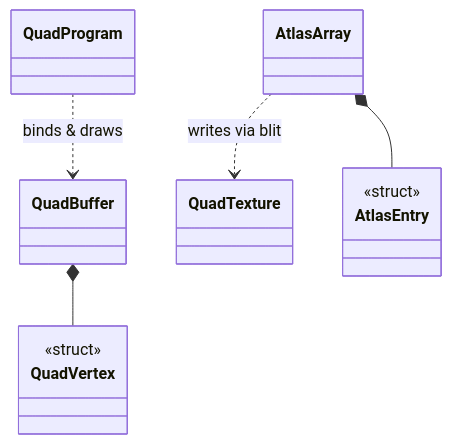
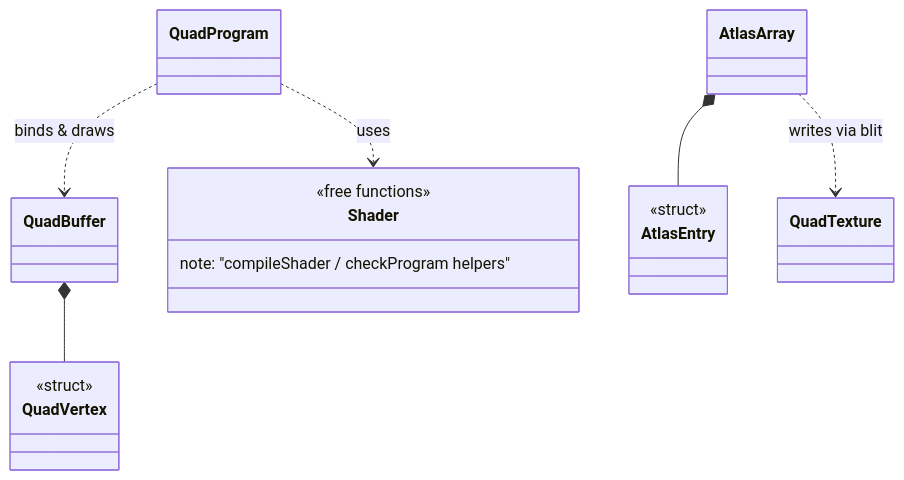
One commit to notnotme/bbloc changed the sixth of 10 diagrams in docs/class_diagram.md. Above: the diagram before and after it, drawn with Mermaid. The commit also changed other lines of this file and 1 other file, not shown here.

Commit message:
Require class diagram updates before commits, sync diagram with code

````diff
--- a/docs/class_diagram.md
+++ b/docs/class_diagram.md
@@ -164,18 +168,23 @@
 ```mermaid
 classDiagram
     class QuadProgram
     class QuadBuffer
     class QuadTexture
     class AtlasArray
     class AtlasEntry {
         <<struct>>
     }
     class QuadVertex {
         <<struct>>
     }
+    class Shader {
+        <<free functions>>
+        note: "compileShader / checkProgram helpers"
+    }
 
     QuadProgram ..> QuadBuffer : binds & draws
+    QuadProgram ..> Shader : uses
     QuadBuffer *-- QuadVertex
     AtlasArray *-- AtlasEntry
     AtlasArray ..> QuadTexture : writes via blit
 ```
````
